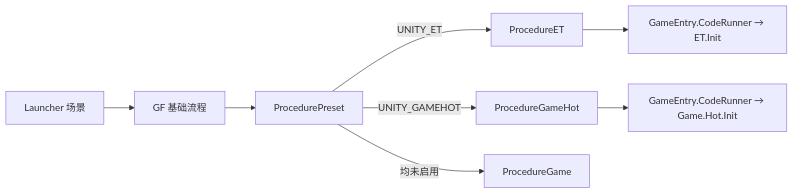
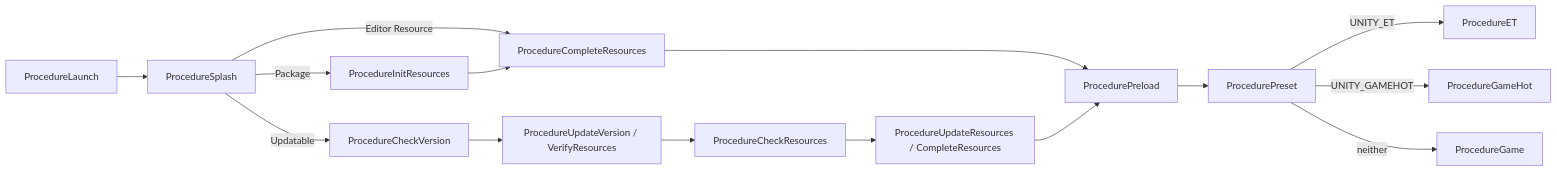
One commit to liuzhognxiu/GameDevelopmentKit changed the diagram in KnowledgeBase/01-总体架构与启动流程.md. Above: the diagram before and after it, drawn with Mermaid. The commit also changed other lines of this file and 40 other files, not shown here.

````diff
--- a/KnowledgeBase/01-总体架构与启动流程.md
+++ b/KnowledgeBase/01-总体架构与启动流程.md
@@ -27,10 +61,17 @@
 ```mermaid
 flowchart LR
-    A[Launcher 场景] --> B[GF 基础流程]
-    B --> C[ProcedurePreset]
-    C -->|UNITY_ET| D[ProcedureET]
-    C -->|UNITY_GAMEHOT| E[ProcedureGameHot]
-    C -->|均未启用| F[ProcedureGame]
-    D --> G[GameEntry.CodeRunner → ET.Init]
-    E --> H[GameEntry.CodeRunner → Game.Hot.Init]
+    A["ProcedureLaunch"] --> B["ProcedureSplash"]
+    B -->|Editor Resource| C["ProcedureCompleteResources"]
+    B -->|Package| D["ProcedureInitResources"]
+    B -->|Updatable| E["ProcedureCheckVersion"]
+    D --> C
+    E --> F["ProcedureUpdateVersion / VerifyResources"]
+    F --> G["ProcedureCheckResources"]
+    G --> H["ProcedureUpdateResources / CompleteResources"]
+    C --> I["ProcedurePreload"]
+    H --> I
+    I --> J["ProcedurePreset"]
+    J -->|UNITY_ET| K["ProcedureET"]
+    J -->|UNITY_GAMEHOT| L["ProcedureGameHot"]
+    J -->|neither| M["ProcedureGame"]
 ```
````
